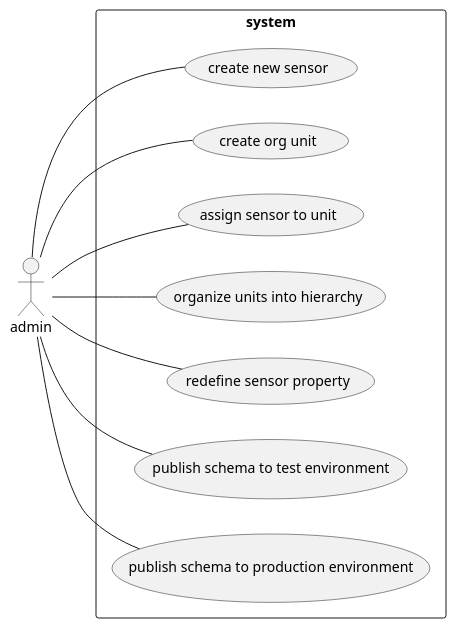
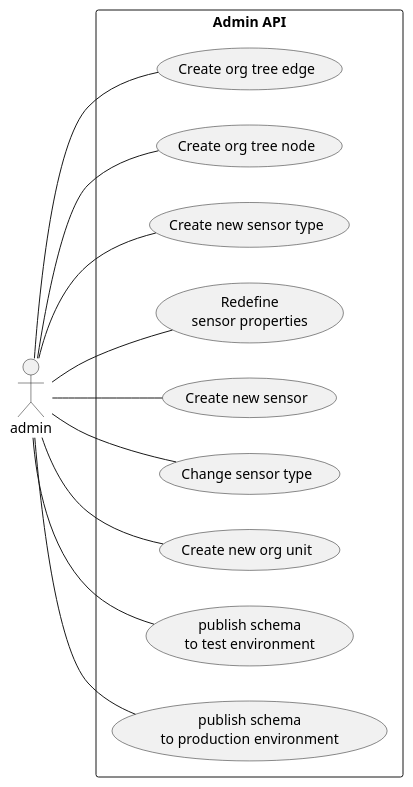
Before and after one commit to EngineerXL/diploma: the diagram in usecases.md, drawn with PlantUML. The commit also changed 2 other files, not shown here.

Commit message:
Обновил модель, начал работу над админ. панелью

````diff
--- a/usecases.md
+++ b/usecases.md
@@ -3,24 +3,28 @@
 ```plantuml
-
 @startuml
 left to right direction
 skinparam packageStyle rect
 
 actor admin
 
-rectangle system {
-  admin -- (create new sensor)
-  admin -- (create org unit)
-  admin -- (assign sensor to unit)
-  admin -- (organize units into hierarchy)
-  admin -- (redefine sensor property)
+rectangle "Admin API" {
+  admin -- (Create org tree edge)
+  admin -- (Create org tree node)
+  admin -- (Create new sensor type)
+  admin -- (Redefine\nsensor properties)
+  admin -- (Create new sensor)
+  admin -- (Change sensor type)
+  admin -- (Create new org unit)
 
-  admin -- (publish schema to test environment)
-  admin -- (publish schema to production environment)
+' ?
+  admin -- (publish schema\nto test environment)
+' ?
+  admin -- (publish schema\nto production environment)
+
 '  (checkout) .> (payment) : include
 '  (help) .> (checkout) : extends
 '  (checkout) -> (authorize)
 '  (checkout) -- clerk
 }
 @enduml
 ```
````
